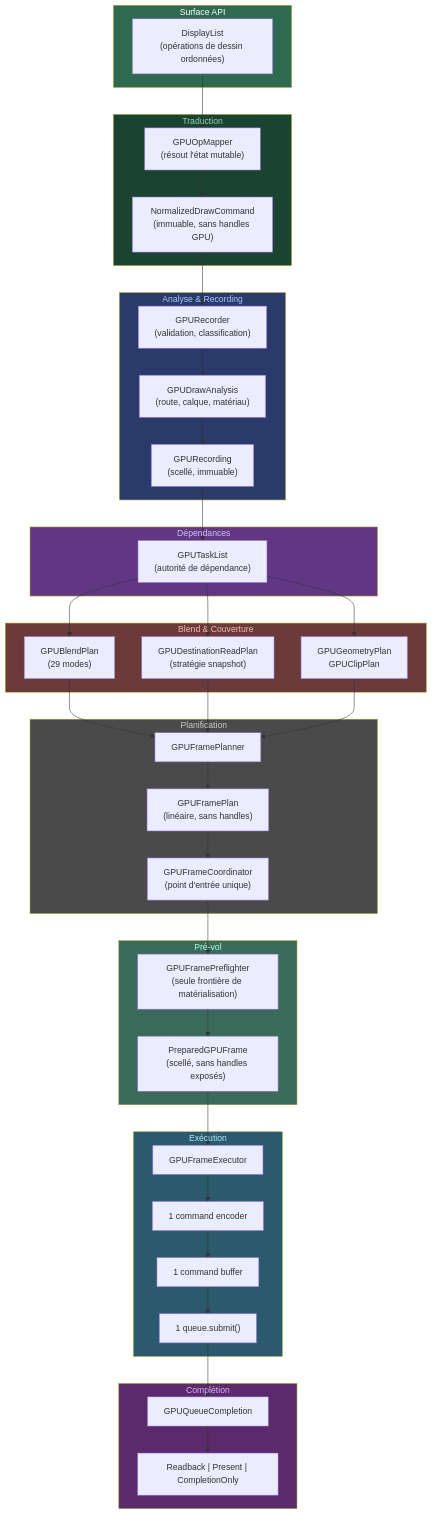
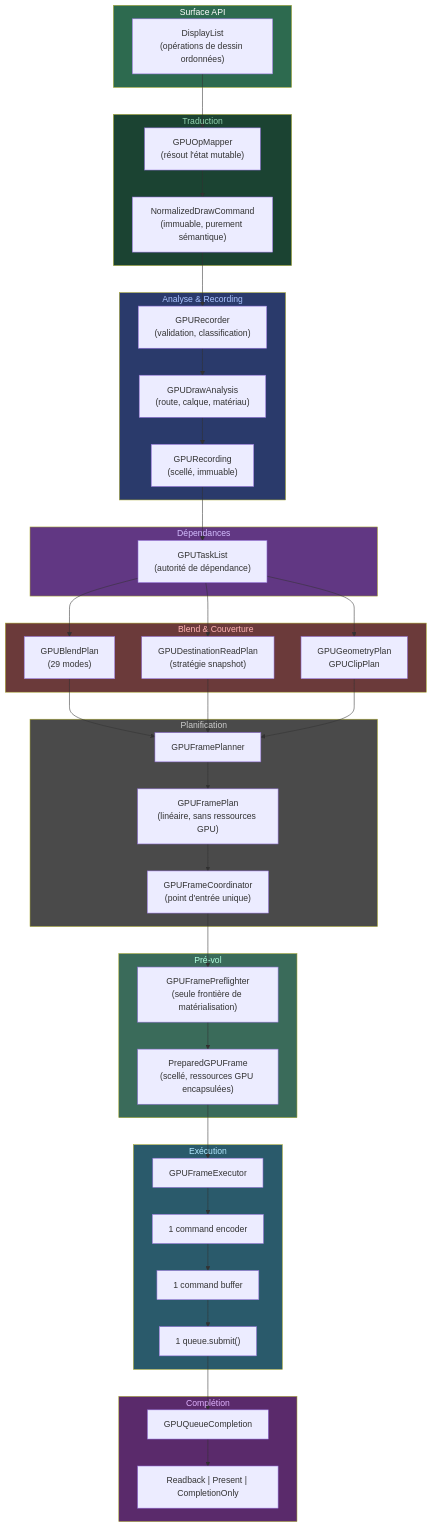
Before and after one commit to ygdrasil-io/kanvas: the diagram in docs/architecture/docs/index.md, drawn with Mermaid. The commit also changed 5 other files, not shown here.

Commit message:
docs: replace 'sans handles' jargon with clear French

````diff
--- a/docs/architecture/docs/index.md
+++ b/docs/architecture/docs/index.md
@@ -7,69 +7,69 @@
 ```mermaid
 flowchart TD
     subgraph Surface["Surface API"]
         DL["DisplayList\n(opérations de dessin ordonnées)"]
     end
 
     subgraph Mapping["Traduction"]
         OPM["GPUOpMapper\n(résout l'état mutable)"]
-        NDC["NormalizedDrawCommand\n(immuable, sans handles GPU)"]
+        NDC["NormalizedDrawCommand\n(immuable, purement sémantique)"]
     end
 
     subgraph Analyse["Analyse & Recording"]
         REC["GPURecorder\n(validation, classification)"]
         DA["GPUDrawAnalysis\n(route, calque, matériau)"]
         GR["GPURecording\n(scellé, immuable)"]
     end
 
     subgraph Dependances["Dépendances"]
         TL["GPUTaskList\n(autorité de dépendance)"]
     end
 
     subgraph Specialisation["Blend & Couverture"]
         BL["GPUBlendPlan\n(29 modes)"]
         DR["GPUDestinationReadPlan\n(stratégie snapshot)"]
         COV["GPUGeometryPlan\nGPUClipPlan"]
     end
 
     subgraph Planification["Planification"]
         FP["GPUFramePlanner"]
-        PLAN["GPUFramePlan\n(linéaire, sans handles)"]
+        PLAN["GPUFramePlan\n(linéaire, sans ressources GPU)"]
         COORD["GPUFrameCoordinator\n(point d'entrée unique)"]
     end
 
     subgraph Prevol["Pré-vol"]
         PRE["GPUFramePreflighter\n(seule frontière de matérialisation)"]
-        PGF["PreparedGPUFrame\n(scellé, sans handles exposés)"]
+        PGF["PreparedGPUFrame\n(scellé, ressources GPU encapsulées)"]
     end
 
     subgraph Execution["Exécution"]
         EXEC["GPUFrameExecutor"]
         CE["1 command encoder"]
         CB["1 command buffer"]
         SUBMIT["1 queue.submit()"]
     end
 
     subgraph Completion["Complétion"]
         QC["GPUQueueCompletion"]
         OUT["Readback | Present | CompletionOnly"]
     end
 
     DL --> OPM --> NDC
     NDC --> REC --> DA --> GR
     GR --> TL
     TL --> BL & DR & COV
     BL & DR & COV --> FP --> PLAN
     PLAN --> COORD --> PRE --> PGF
     PGF --> EXEC --> CE --> CB --> SUBMIT
     SUBMIT --> QC --> OUT
 
     style Surface fill:#2d6a4f,color:#fff
     style Mapping fill:#1b4332,color:#95d5b2
     style Analyse fill:#2a3a6b,color:#aac4ff
     style Dependances fill:#613783,color:#d4bfff
     style Specialisation fill:#6b3a3a,color:#ffb3b3
     style Planification fill:#4a4a4a,color:#ccc
     style Prevol fill:#3a6b5a,color:#b3ffe0
     style Execution fill:#2a5a6b,color:#b3e8ff
     style Completion fill:#5a2a6b,color:#e0b3ff
 ```
````
